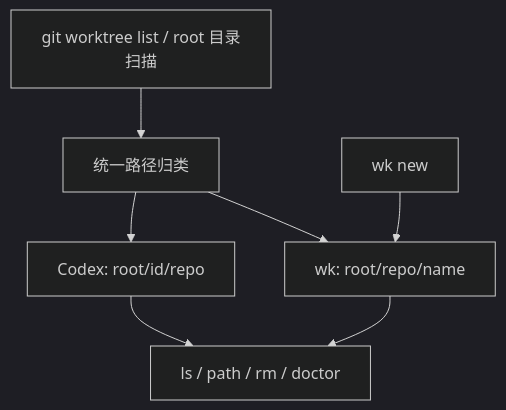
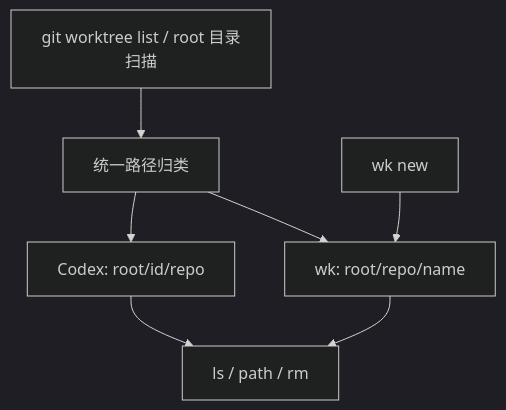
The diagram in docs/plan/codex-worktree-layout-compatibility-plan.md (fannheyward/wk), drawn with Mermaid (dark theme) before and after one commit. The commit also changed other lines of this file and 10 other files, not shown here.

````diff
--- a/docs/plan/codex-worktree-layout-compatibility-plan.md
+++ b/docs/plan/codex-worktree-layout-compatibility-plan.md
@@ -18,9 +17,9 @@
 ```mermaid
 flowchart TD
     GIT["git worktree list / root 目录扫描"] --> CLASSIFY["统一路径归类"]
     CLASSIFY --> WK["wk: root/repo/name"]
     CLASSIFY --> CODEX["Codex: root/id/repo"]
-    WK --> COMMANDS["ls / path / rm / doctor"]
+    WK --> COMMANDS["ls / path / rm"]
     CODEX --> COMMANDS
     NEW["wk new"] --> WK
 ```
````
